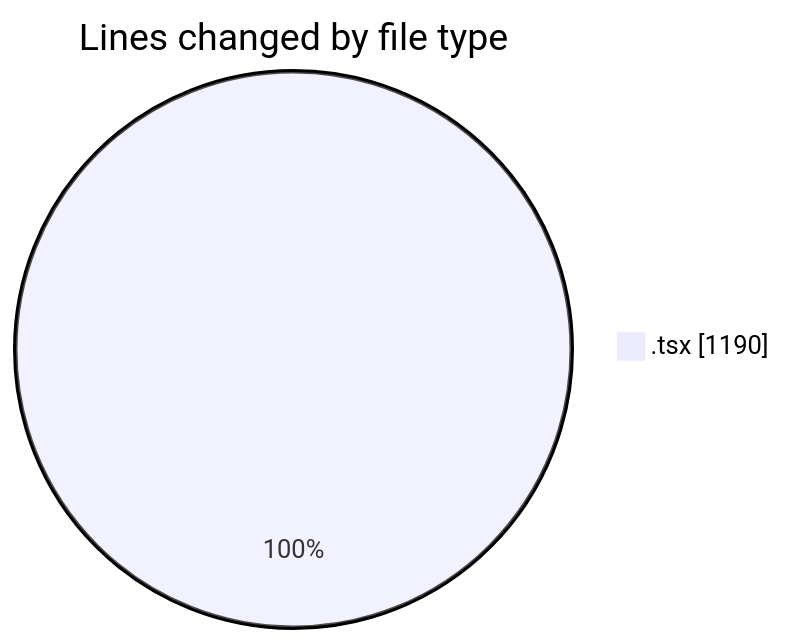
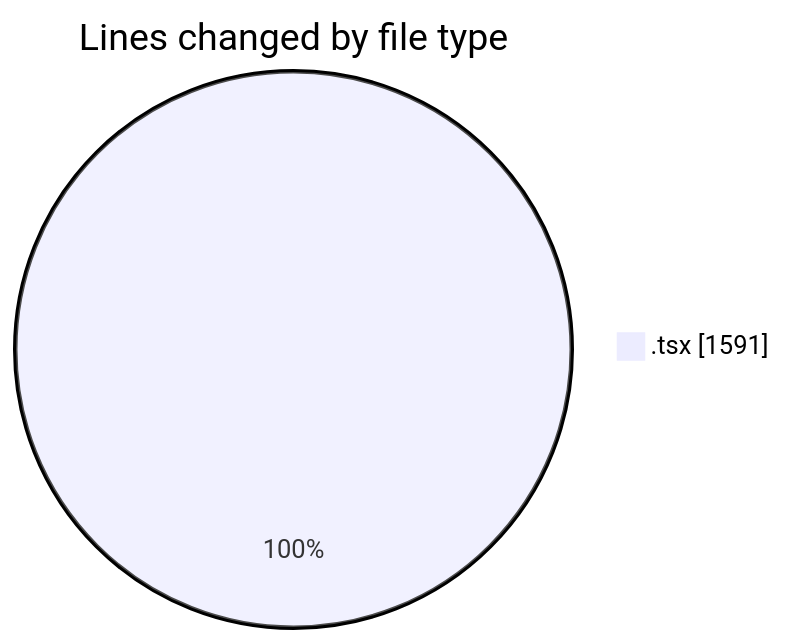
Before and after one commit to nxtqubesakshisongat/code-tracking: the first of 2 diagrams in 2026-03-18/nxtqube_webapp/README.md, drawn with Mermaid. The commit also changed other lines of this file and 1 other file, not shown here.

````diff
--- a/2026-03-18/nxtqube_webapp/README.md
+++ b/2026-03-18/nxtqube_webapp/README.md
@@ -22,5 +23,5 @@
 ```mermaid
 pie showData
 title Lines changed by file type
-".tsx" : 1190
+".tsx" : 1591
 ```
````
